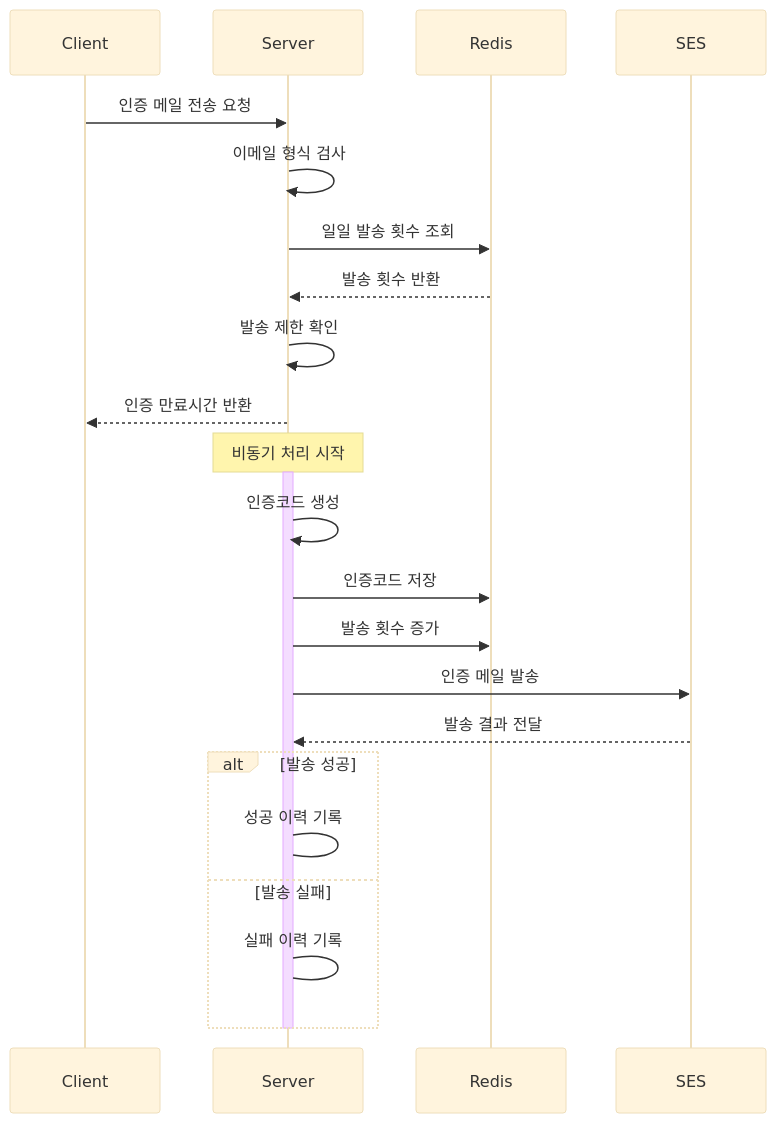
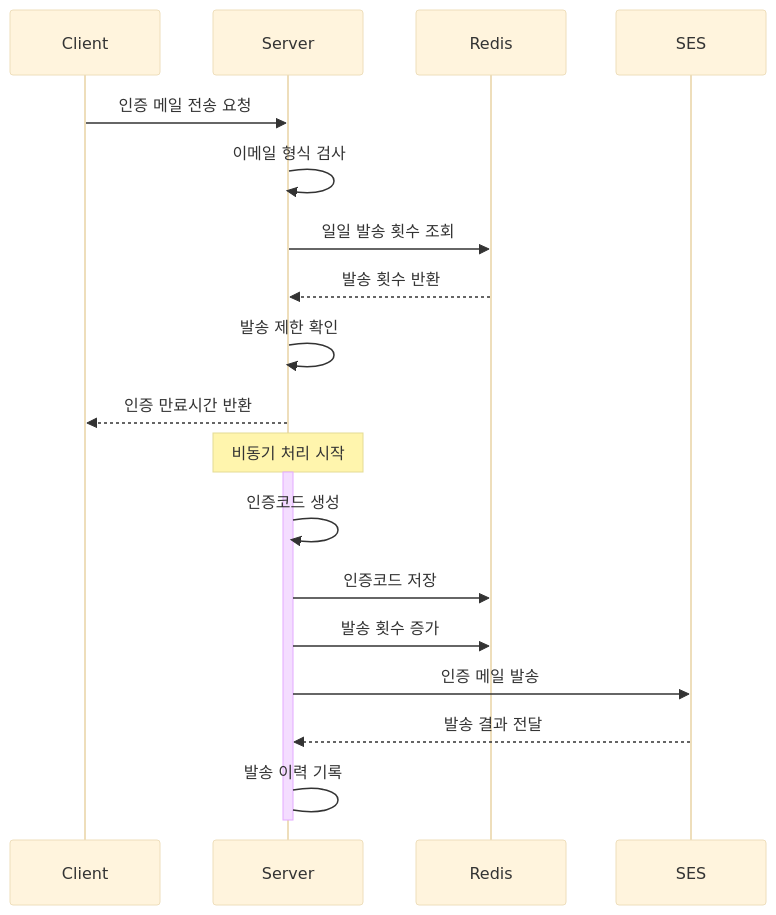
The diagram in _posts/project/sidaeting5/2024-12-15-sidaeting5-email-async.md (23tae/23tae.github.io), drawn with Mermaid (base theme) before and after one commit. The commit also changed 1 other file, not shown here.

Commit message:
update post

````diff
--- a/_posts/project/sidaeting5/2024-12-15-sidaeting5-email-async.md
+++ b/_posts/project/sidaeting5/2024-12-15-sidaeting5-email-async.md
@@ -68,36 +68,32 @@
 ```mermaid
 sequenceDiagram
     participant C as Client
     participant S as Server
     participant R as Redis
     participant ses as SES
 
     C->>S: 인증 메일 전송 요청
     
     S->>S: 이메일 형식 검사
     
     S->>R: 일일 발송 횟수 조회
     R-->>S: 발송 횟수 반환
     S->>S: 발송 제한 확인
     
     S-->>C: 인증 만료시간 반환
     
     Note over S: 비동기 처리 시작
     
     activate S
     S->>S: 인증코드 생성
     
     S->>R: 인증코드 저장
     
     S->>R: 발송 횟수 증가
     
     S->>ses: 인증 메일 발송
     ses-->>S: 발송 결과 전달
     
-    alt 발송 성공
-        S->S: 성공 이력 기록
-    else 발송 실패
-        S->S: 실패 이력 기록
-    end
+    S->S: 발송 이력 기록
     deactivate S
 ```
````
